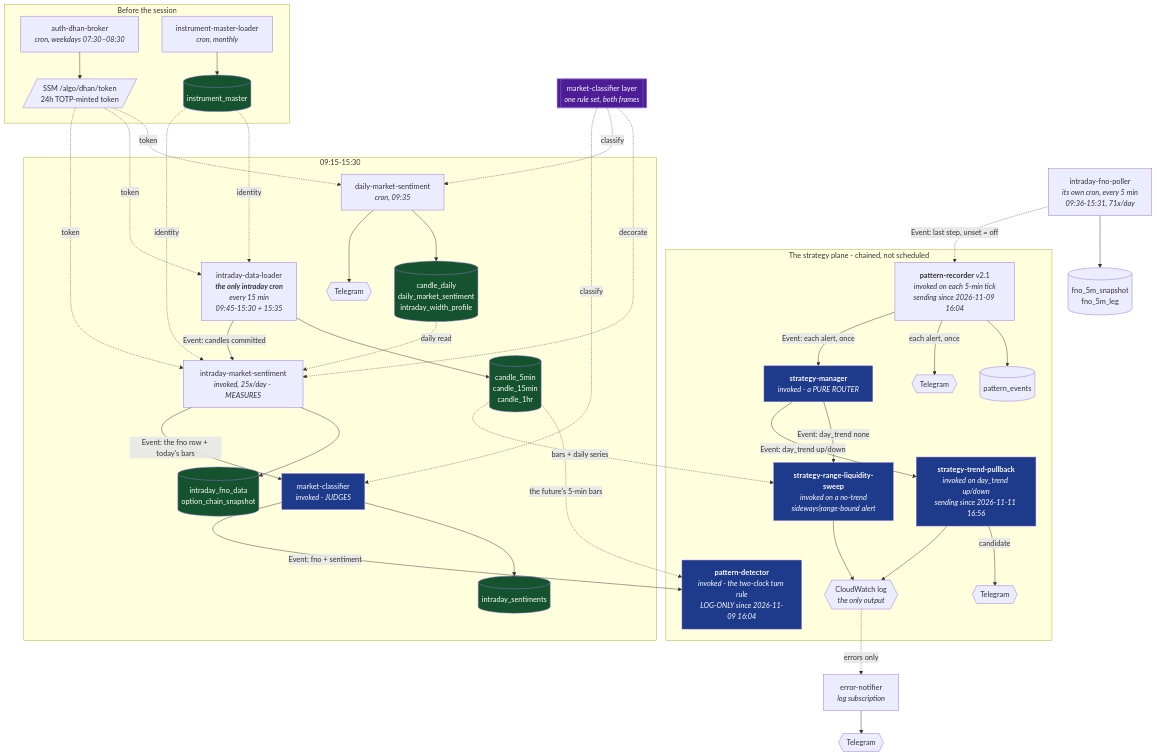
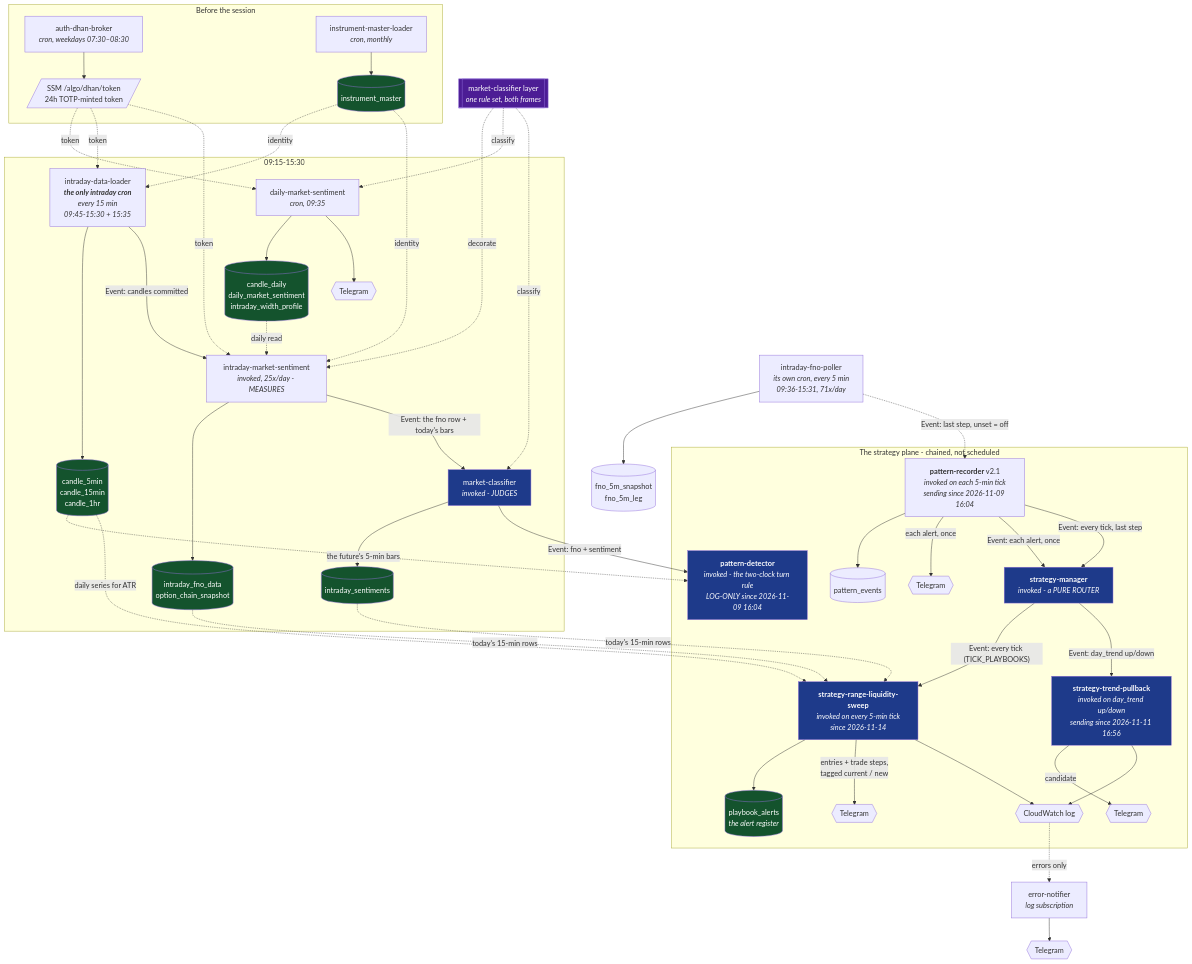
The first of 7 diagrams in docs/flow.md (amar7585/aws-algo-claude), drawn with Mermaid before and after one commit. The commit also changed other lines of this file and 31 other files, not shown here.

````diff
--- a/docs/flow.md
+++ b/docs/flow.md
@@ -10,68 +10,74 @@
 ```mermaid
 flowchart TD
     subgraph BEFORE["Before the session"]
         AUTH["auth-dhan-broker<br/><i>cron, weekdays 07:30–08:30</i>"] --> SSM[/"SSM /algo/dhan/token<br/>24h TOTP-minted token"/]
         LOADER["instrument-master-loader<br/><i>cron, monthly</i>"] --> IM[("instrument_master")]
     end
 
     subgraph SESSION["09:15-15:30"]
         DAILY["daily-market-sentiment<br/><i>cron, 09:35</i>"] --> DTBL[("candle_daily<br/>daily_market_sentiment<br/>intraday_width_profile")]
         DAILY --> TG1{{"Telegram"}}
 
         CANDLES["intraday-data-loader<br/><i><b>the only intraday cron</b><br/>every 15 min<br/>09:45-15:30 + 15:35</i>"] --> CTBL[("candle_5min<br/>candle_15min<br/>candle_1hr")]
 
         SENT["intraday-market-sentiment<br/><i>invoked, 25x/day - MEASURES</i>"] --> STBL[("intraday_fno_data<br/>option_chain_snapshot")]
         CLSF["market-classifier<br/><i>invoked - JUDGES</i>"] --> SENTBL[("intraday_sentiments")]
     end
 
     subgraph STRAT["The strategy plane - chained, not scheduled"]
         PD["<b>pattern-detector</b><br/><i>invoked - the two-clock turn rule<br/>LOG-ONLY since 2026-11-09 16:04</i>"]
         MGR["<b>strategy-manager</b><br/><i>invoked - a PURE ROUTER</i>"]
-        SWEEP["<b>strategy-range-liquidity-sweep</b><br/><i>invoked on a no-trend<br/>sideways|range-bound alert</i>"]
+        SWEEP["<b>strategy-range-liquidity-sweep</b><br/><i>invoked on every 5-min tick<br/>since 2026-11-14</i>"]
         TREND["<b>strategy-trend-pullback</b><br/><i>invoked on day_trend up/down<br/>sending since 2026-11-11 16:56</i>"]
         REC["<b>pattern-recorder</b> v2.1<br/><i>invoked on each 5-min tick<br/>sending since 2026-11-09 16:04</i>"] --> PEV[("pattern_events")]
         REC -->|"each alert, once"| TG3{{"Telegram"}}
         REC -->|"Event: each alert, once"| MGR
-        MGR -->|"Event: day_trend none"| SWEEP
+        REC -->|"Event: every tick, last step"| MGR
+        MGR -->|"Event: every tick (TICK_PLAYBOOKS)"| SWEEP
         MGR -->|"Event: day_trend up/down"| TREND
-        SWEEP --> LOG{{"CloudWatch log<br/><i>the only output</i>"}}
+        SWEEP --> PAL[("playbook_alerts<br/><i>the alert register</i>")]
+        SWEEP -->|"entries + trade steps,<br/>tagged current / new"| TG5{{"Telegram"}}
+        SWEEP --> LOG{{"CloudWatch log"}}
         TREND -->|"candidate"| TG4{{"Telegram"}}
         TREND --> LOG
     end
 
     POLL["intraday-fno-poller<br/><i>its own cron, every 5 min<br/>09:36-15:31, 71x/day</i>"] --> PTBL[("fno_5m_snapshot<br/>fno_5m_leg")]
     POLL -.->|"Event: last step, unset = off"| REC
 
     CANDLES -->|"Event: candles committed"| SENT
     SENT -->|"Event: the fno row + today's bars"| CLSF
     CLSF -->|"Event: fno + sentiment"| PD
 
     SSM -.token.-> DAILY
     SSM -.token.-> CANDLES
     SSM -.token.-> SENT
     CTBL -.the future's 5-min bars.-> PD
-    CTBL -.bars + daily series.-> SWEEP
+    CTBL -.daily series for ATR.-> SWEEP
+    STBL -.today's 15-min rows.-> SWEEP
+    SENTBL -.today's 15-min rows.-> SWEEP
     DTBL -.daily read.-> SENT
     IM -.identity.-> CANDLES
     IM -.identity.-> SENT
 
     CLS[["market-classifier layer<br/><i>one rule set, both frames</i>"]]
     CLS -.decorate.-> SENT
     CLS -.classify.-> DAILY
     CLS -.classify.-> CLSF
     style CLS fill:#4c1d95,color:#fff
 
     ERR["error-notifier<br/><i>log subscription</i>"] --> TG2{{"Telegram"}}
     LOG -.errors only.-> ERR
 
     style STBL fill:#14532d,color:#fff
     style SENTBL fill:#14532d,color:#fff
     style CTBL fill:#14532d,color:#fff
     style DTBL fill:#14532d,color:#fff
     style IM fill:#14532d,color:#fff
+    style PAL fill:#14532d,color:#fff
     style CLSF fill:#1e3a8a,color:#fff
     style PD fill:#1e3a8a,color:#fff
     style MGR fill:#1e3a8a,color:#fff
     style SWEEP fill:#1e3a8a,color:#fff
     style TREND fill:#1e3a8a,color:#fff
 ```
````
